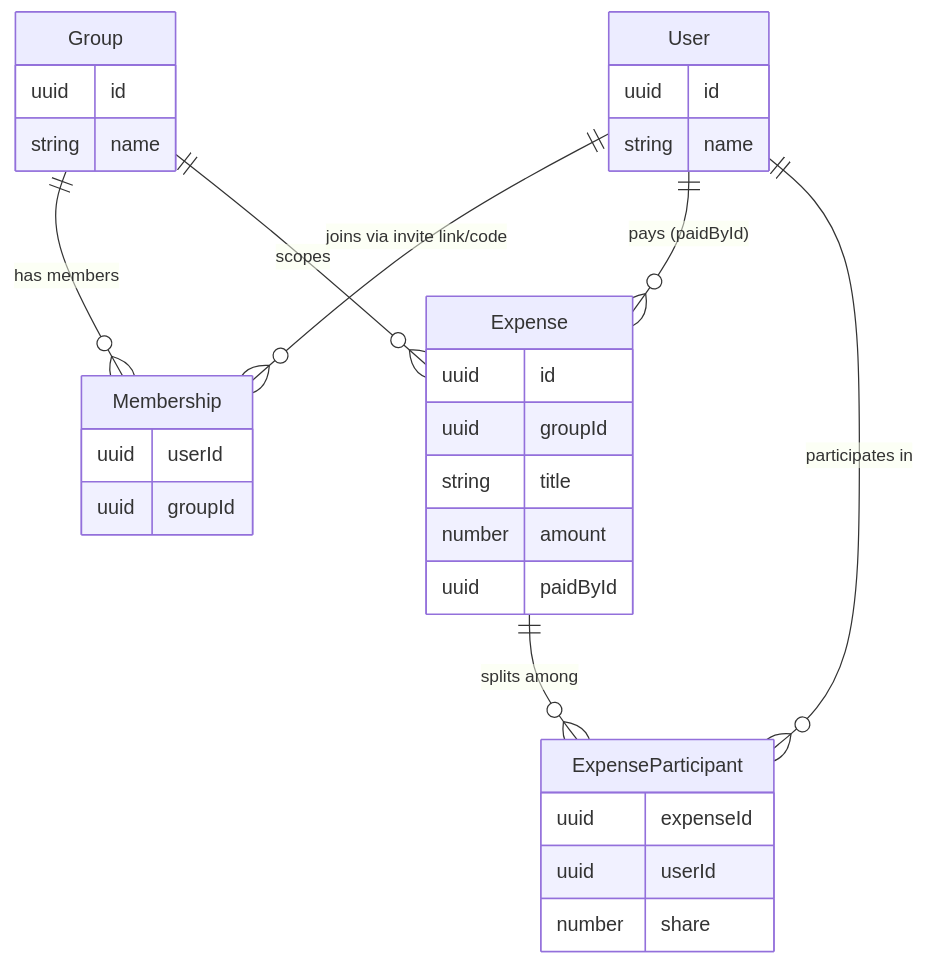
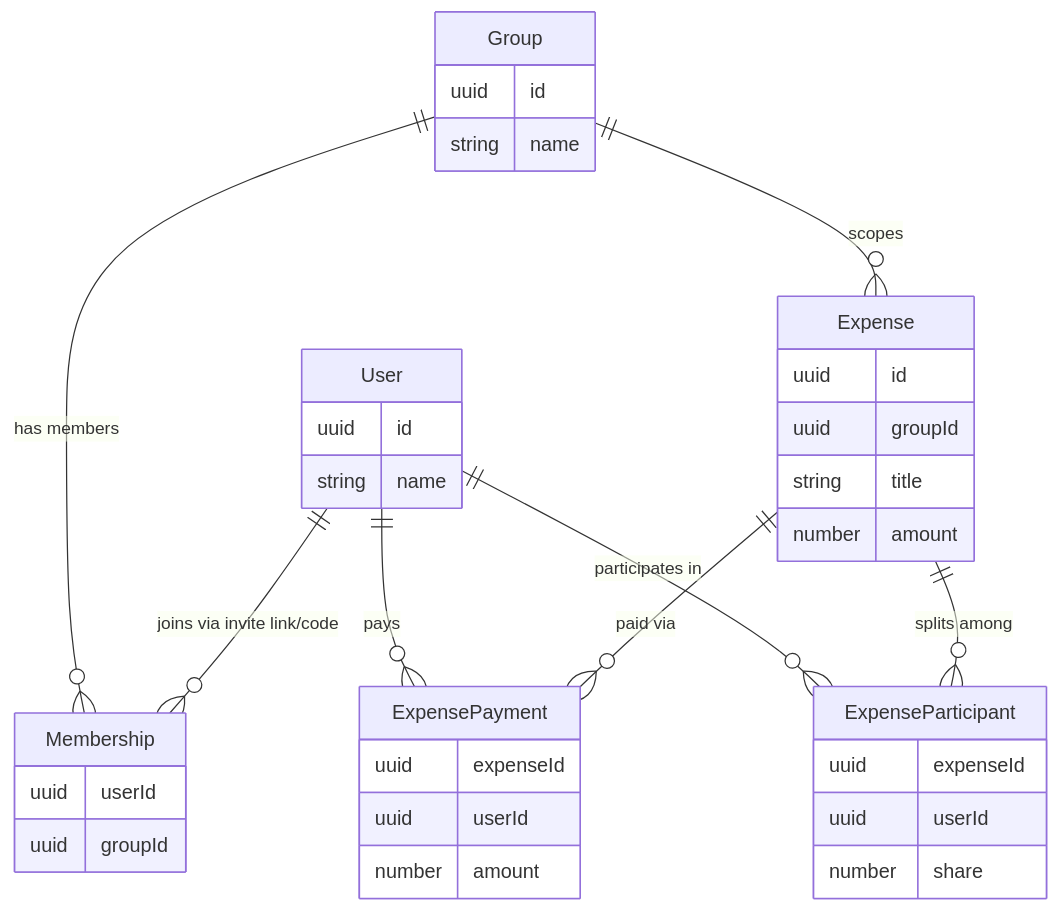
One commit to cloud-walker/buffi changed the diagram in docs/domain-model.md. Above: the diagram before and after it, drawn with Mermaid. The commit also changed other lines of this file, not shown here.

Commit message:
Address review: support multi-payer expenses, clarify group cascade delete
- Replace single Expense.paidById with ExpensePayment (expenseId, userId, amount), symmetric to ExpenseParticipant, so an Expense can be covered by more than one payer.
- Document that a Group and its Expenses are cascade-deleted when its last Membership is removed, so orphaned zero-member Groups never persist.

````diff
--- a/docs/domain-model.md
+++ b/docs/domain-model.md
@@ -1,34 +1,39 @@
 ```mermaid
 erDiagram
   User {
     uuid id
     string name
   }
   Group {
     uuid id
     string name
   }
   Membership {
     uuid userId
     uuid groupId
   }
   Expense {
     uuid id
     uuid groupId
     string title
     number amount
-    uuid paidById
+  }
+  ExpensePayment {
+    uuid expenseId
+    uuid userId
+    number amount
   }
   ExpenseParticipant {
     uuid expenseId
     uuid userId
     number share
   }
 
   User ||--o{ Membership : "joins via invite link/code"
   Group ||--o{ Membership : "has members"
   Group ||--o{ Expense : "scopes"
-  User ||--o{ Expense : "pays (paidById)"
+  Expense ||--o{ ExpensePayment : "paid via"
+  User ||--o{ ExpensePayment : "pays"
   Expense ||--o{ ExpenseParticipant : "splits among"
   User ||--o{ ExpenseParticipant : "participates in"
 ```
````
